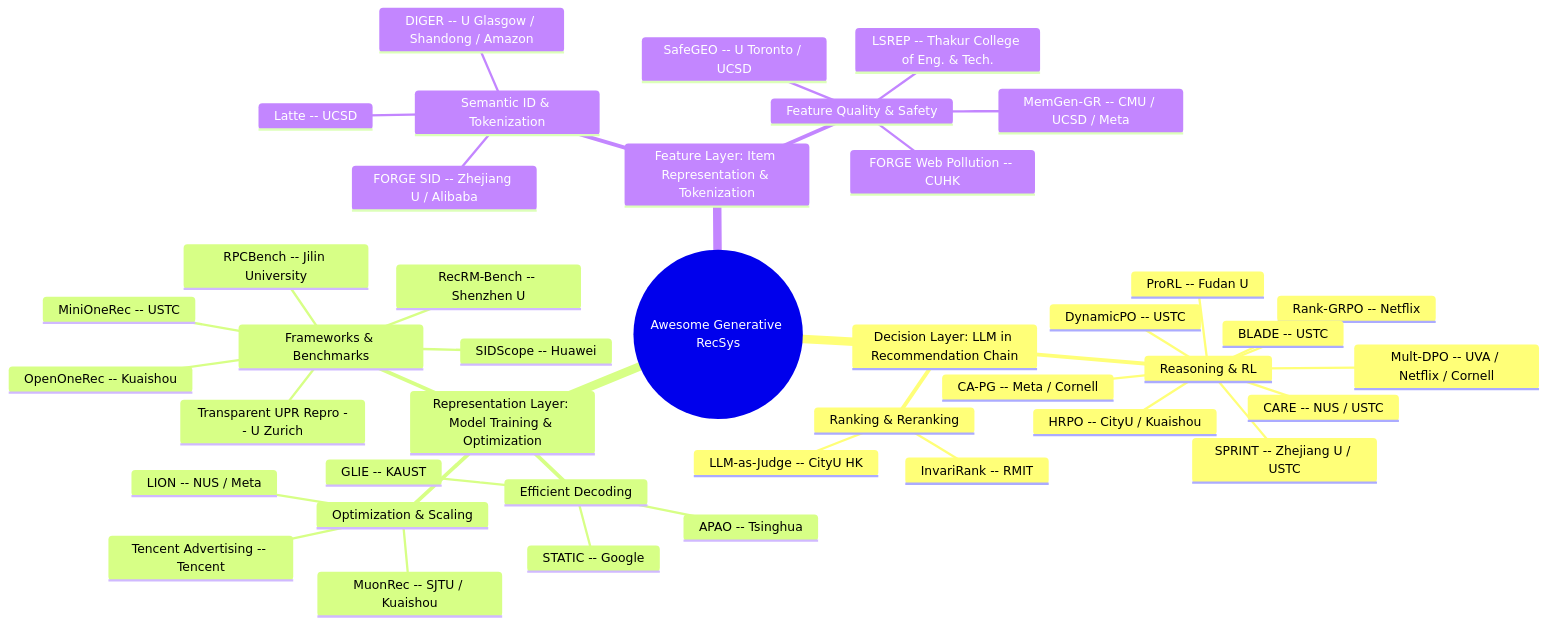
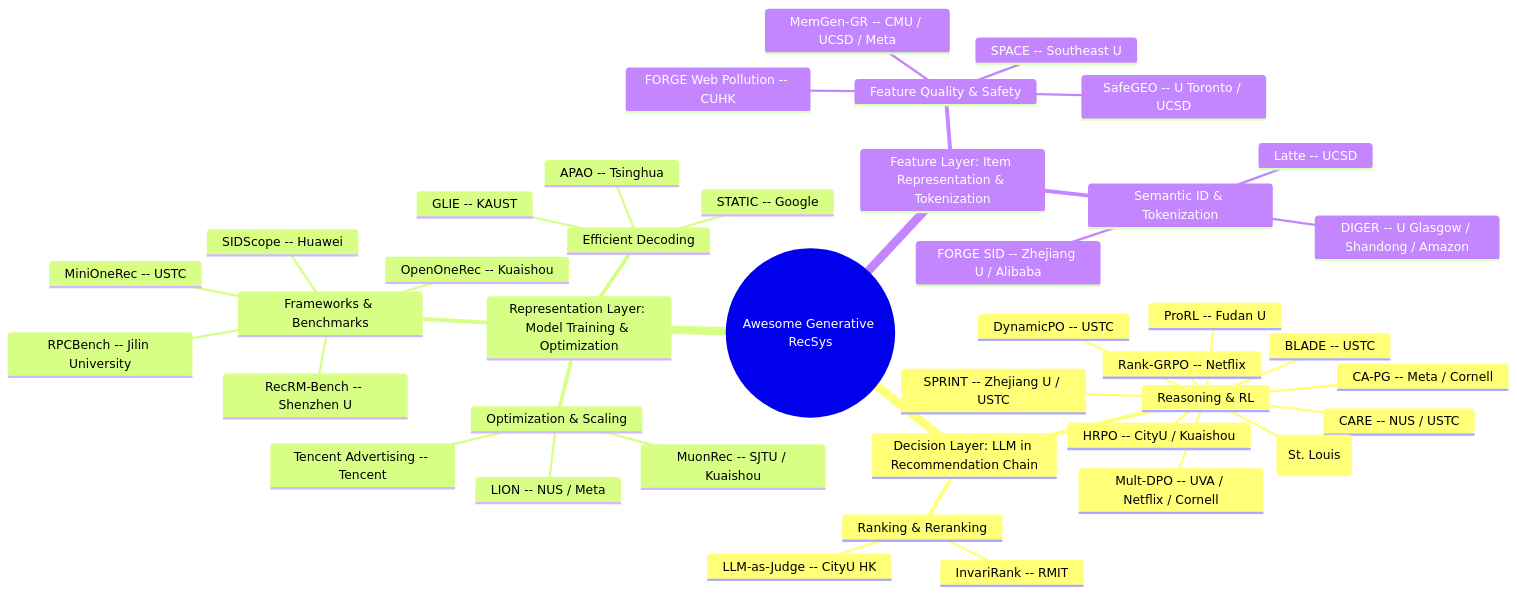
Before and after one commit to HaFred/awesome-generative-recsys: the diagram in README.md, drawn with Mermaid. The commit also changed other lines of this file and 3 other files, not shown here.

````diff
--- a/README.md
+++ b/README.md
@@ -30,44 +30,44 @@
 ```mermaid
 mindmap
   root((Awesome Generative RecSys))
     Decision Layer: LLM in Recommendation Chain
       Reasoning & RL
         Rank-GRPO -- Netflix
         DynamicPO -- USTC
         BLADE -- USTC
         SPRINT -- Zhejiang U / USTC
         CARE -- NUS / USTC
         HRPO -- CityU / Kuaishou
         Mult-DPO -- UVA / Netflix / Cornell
         CA-PG -- Meta / Cornell
         ProRL -- Fudan U
+        PAPA -- WashU (St. Louis)
       Ranking & Reranking
         InvariRank -- RMIT
         LLM-as-Judge -- CityU HK
     Representation Layer: Model Training & Optimization
       Frameworks & Benchmarks
         MiniOneRec -- USTC
         OpenOneRec -- Kuaishou
         RecRM-Bench -- Shenzhen U
         SIDScope -- Huawei
         RPCBench -- Jilin University
-        Transparent UPR Repro -- U Zurich
       Efficient Decoding
         STATIC -- Google
         APAO -- Tsinghua
         GLIE -- KAUST
       Optimization & Scaling
         MuonRec -- SJTU / Kuaishou
         Tencent Advertising -- Tencent
         LION -- NUS / Meta
     Feature Layer: Item Representation & Tokenization
       Semantic ID & Tokenization
         Latte -- UCSD
         FORGE SID -- Zhejiang U / Alibaba
         DIGER -- U Glasgow / Shandong / Amazon
       Feature Quality & Safety
         SafeGEO -- U Toronto / UCSD
         MemGen-GR -- CMU / UCSD / Meta
         FORGE Web Pollution -- CUHK
-        LSREP -- Thakur College of Eng. & Tech.
+        SPACE -- Southeast U
 ```
````
